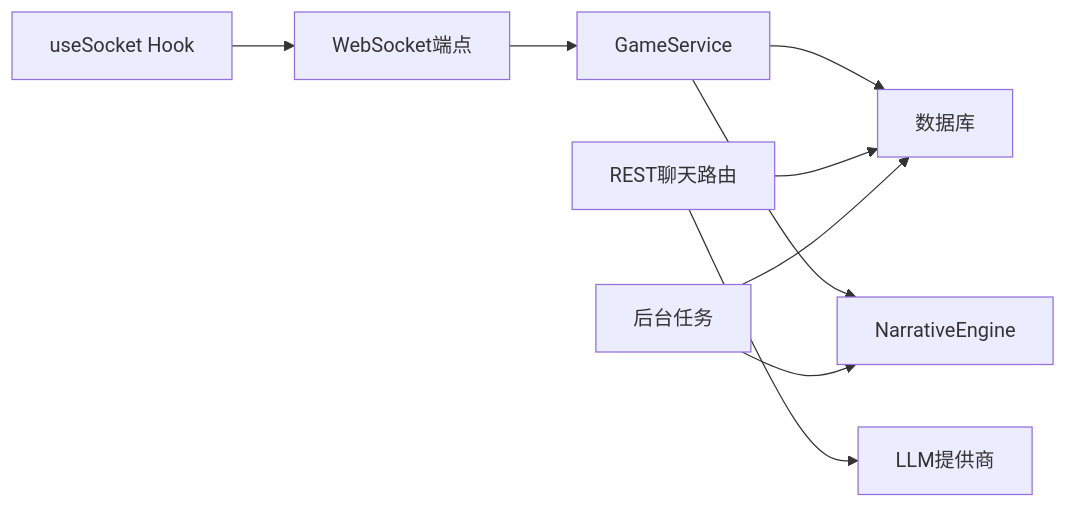
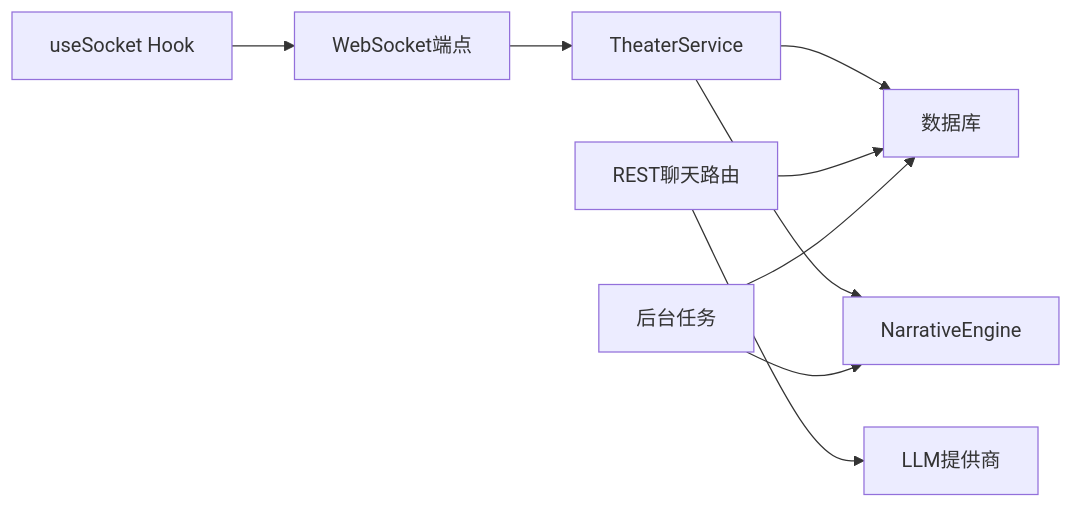
The ninth of 9 diagrams in .qoder/repowiki/zh/content/后端开发指南/WebSocket通信.md (KunLabAI/KunFlix), drawn with Mermaid before and after one commit. The commit also changed other lines of this file and 112 other files, not shown here.

````diff
--- a/.qoder/repowiki/zh/content/后端开发指南/WebSocket通信.md
+++ b/.qoder/repowiki/zh/content/后端开发指南/WebSocket通信.md
@@ -328,11 +328,11 @@
 ```mermaid
 graph LR
-WS["WebSocket端点"] --> SVC["GameService"]
+WS["WebSocket端点"] --> SVC["TheaterService"]
 SVC --> DB["数据库"]
 SVC --> AG["NarrativeEngine"]
 API["REST聊天路由"] --> DB
 API --> LLM["LLM提供商"]
 Hook["useSocket Hook"] --> WS
 Tasks["后台任务"] --> DB
 Tasks --> AG
 ```
````
